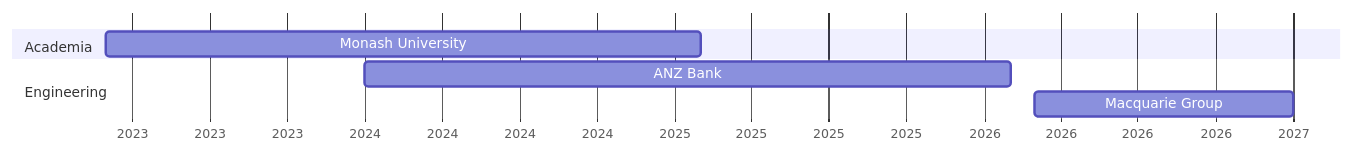
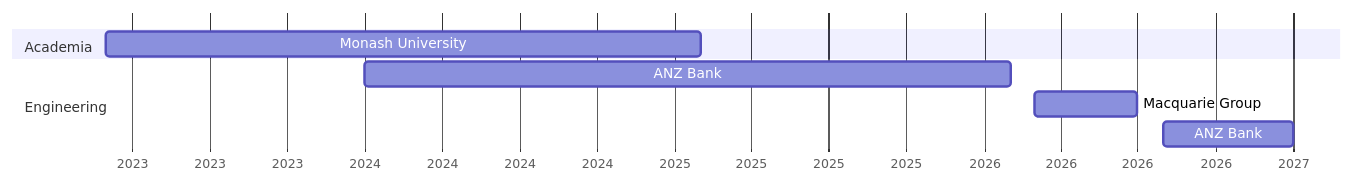
One commit to maxcraig112/maxcraig112.github.io changed the diagram in README.md. Above: the diagram before and after it, drawn with Mermaid. The commit also changed other lines of this file, not shown here.

````diff
--- a/README.md
+++ b/README.md
@@ -17,12 +17,13 @@
 ```mermaid
 gantt
     dateFormat YYYY-MM
     axisFormat %Y
 
     section Academia
     Monash University        :2023-03, 2025-02
 
     section Engineering
     ANZ Bank                  :2024-01, 2026-02
-    Macquarie Group           :2026-03, 2027-01
+    Macquarie Group           :2026-03, 2026-07
+    ANZ Bank                  :2026-08, 2027-01
 ```
````
